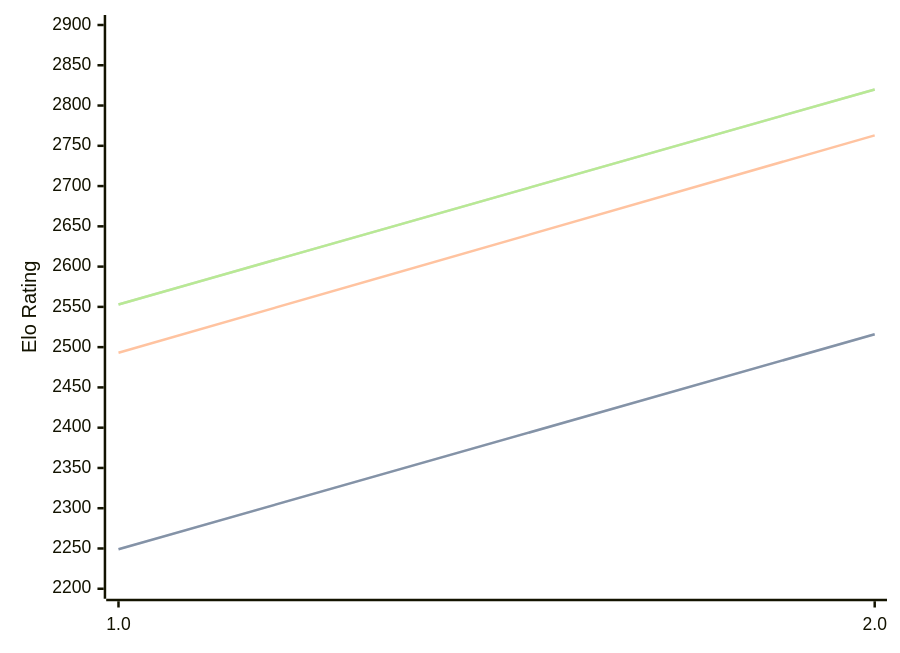
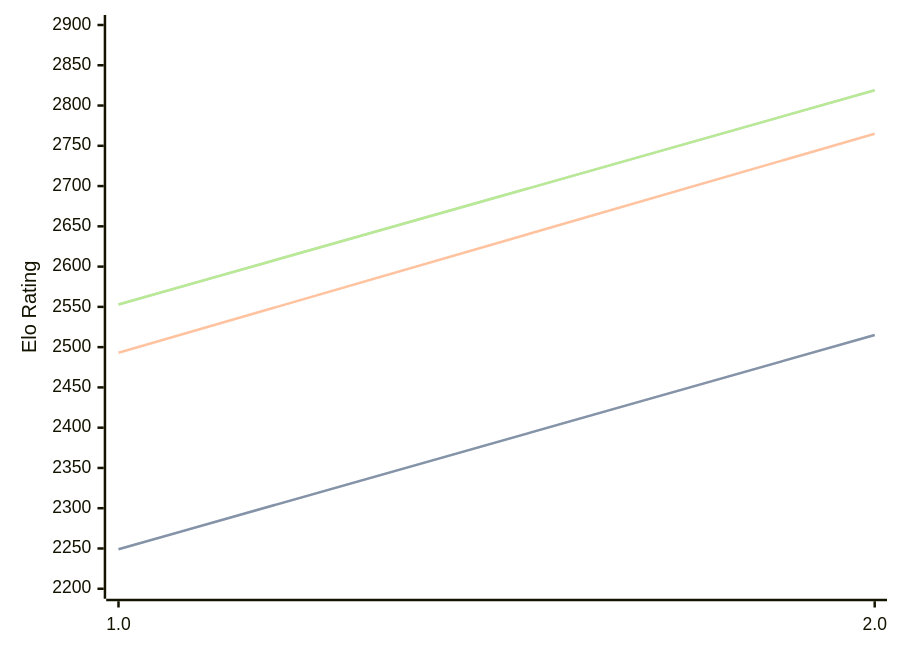
The first of 3 diagrams in engines/Revolver.md (computer-chess-index/cci), drawn with Mermaid before and after one commit. The commit also changed other lines of this file, not shown here.

Commit message:
Update CCI Ratings (ELO VLTC) - 2026-07-03

````diff
--- a/engines/Revolver.md
+++ b/engines/Revolver.md
@@ -32,11 +32,11 @@
 ```mermaid
 %%{init: {"theme":"base","themeVariables":{"seriesColors:['#a3a3a3','#222221','#faa371']}}}%%
 xychart-beta
   x-axis ["1.0", "2.0"]
   y-axis "Elo Rating" 2200 --> 2900
-  line "STC (8.0+0.08s)" [2249, 2516]
-  line "STC (8.0+0.08s)" [2249, 2516]
-  line "LTC (60.0+0.60s)" [2493, 2763]
-  line "VLTC (2m24s+1.12s)" [2553, 2820]
-  line "VLTC (2m24s+1.12s)" [2553, 2820]
+  line "STC (8.0+0.08s)" [2249, 2515]
+  line "STC (8.0+0.08s)" [2249, 2515]
+  line "LTC (60.0+0.60s)" [2493, 2765]
+  line "VLTC (2m24s+1.12s)" [2553, 2819]
+  line "VLTC (2m24s+1.12s)" [2553, 2819]
 ```
````
